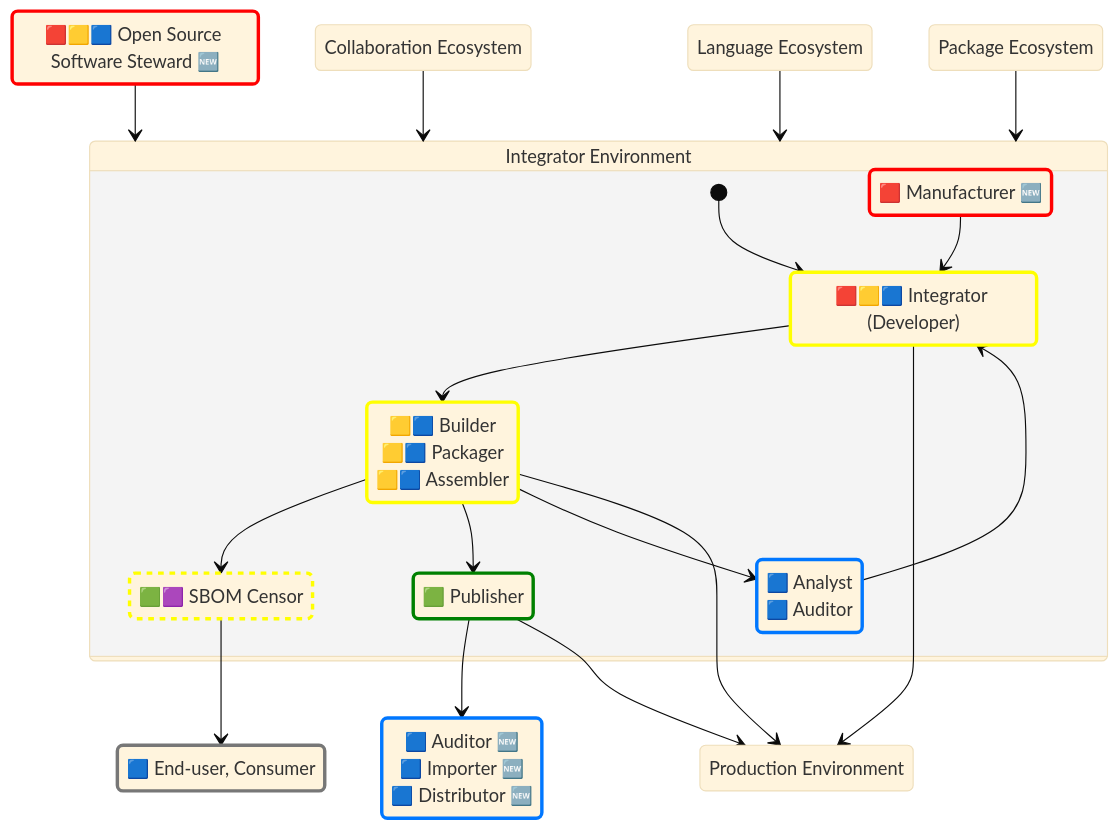
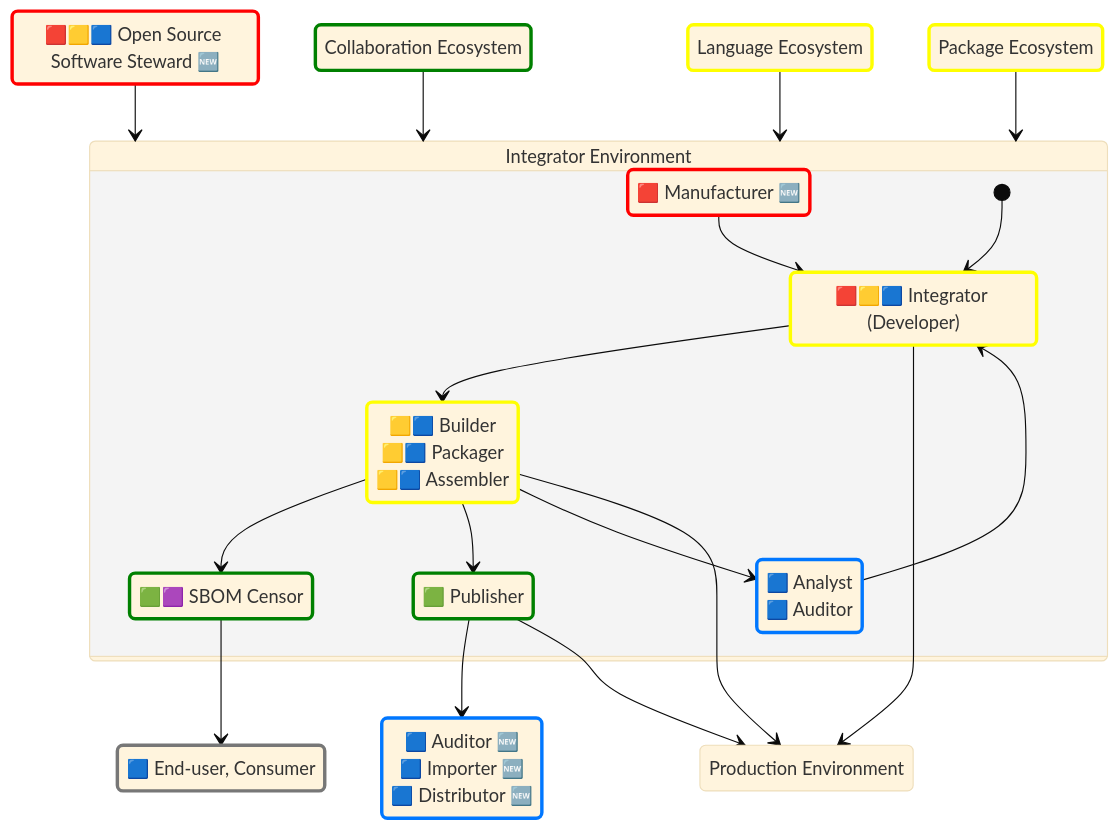
Before and after one commit to CPAN-Security/security.metacpan.org: the fifth of 5 diagrams in docs/supplychain-sbom.md, drawn with Mermaid (base theme). The commit also changed other lines of this file, not shown here.

Commit message:
Add Maintainer's graph; Reorg other graphs

```diff
--- a/docs/supplychain-sbom.md
+++ b/docs/supplychain-sbom.md
@@ -797,13 +841,44 @@
     accTitle: An Idealized Open Source Supply-chain Graph
     %%accDescr: This graph illustrates how different types of development environments and ecosystems interconnect, what kind of roles you may find in these, and what type of metadata operations they may care to do
 
+    %% Role activities
+    classDef createsSBOM stroke:red,stroke-width:3px;
+    classDef updatesSBOM stroke:yellow,stroke-width:3px,stroke-dasharray:5,5;
+    classDef assemblesSBOM stroke:yellow,stroke-width:3px;
+    classDef distributesSBOM stroke:green,stroke-width:3px;
+    classDef verifiesSBOM stroke:#07f,stroke-width:3px;
+    classDef censorsSBOM stroke:green,stroke-width:3px;
+    classDef ignoresSBOM stroke:#777,stroke-width:3px;
+
+    %% 
+    state "🟥🟨🟦 Open Source Software Steward 🆕" as language_steward
     %%
-    state "🟥🟨🟦 Open Source Software Steward 🆕" as language_steward
+    class language_steward createsSBOM
+
+    %% Language Ecosystem
     state "Language Ecosystem" as ecosystem_lang
+    %%
+    class ecosystem_lang assemblesSBOM
+
+
+    %% Collaboration Ecosystem
     state "Collaboration Ecosystem" as ecosystem_repo
+    %%
+    class ecosystem_repo distributesSBOM
+
+    %% Package Ecosystem
     state "Package Ecosystem" as ecosystem_package
+    %%
+    class ecosystem_package assemblesSBOM
 
-    %%
+
+    %% Integrator Environment
+    state "🟥 Manufacturer 🆕" as integrator_owner
+    state "🟥🟨🟦 Integrator (Developer)" as integrator_developer
+    state "🟨🟦 Builder<br>🟨🟦 Packager<br>🟨🟦 Assembler" as integrator_builder
+    state "🟩🟪 SBOM Censor" as integrator_censor
+    state "🟩 Publisher" as integrator_publisher
+    state "🟦 Analyst<br>🟦 Auditor" as integrator_analyst
     state "Integrator Environment" as environment_integrator {
         [*] --> integrator_developer
         integrator_owner     --> integrator_developer
@@ -813,75 +888,34 @@
         integrator_analyst   --> integrator_developer
         integrator_builder   --> integrator_analyst
     }
-
-
-    %%
-    state "🟥 Manufacturer 🆕" as integrator_owner
-    state "🟥🟨🟦 Integrator (Developer)" as integrator_developer
-    state "🟨🟦 Builder<br>🟨🟦 Packager<br>🟨🟦 Assembler" as integrator_builder
-    state "🟩🟪 SBOM Censor" as integrator_censor
-    state "🟩 Publisher" as integrator_publisher
-    state "🟦 Analyst<br>🟦 Auditor" as integrator_analyst
-
-    %%
-    state "🟦 End-user, Consumer" as external_consumer
-    state "🟦 Auditor 🆕<br>🟦 Importer 🆕<br>🟦 Distributor 🆕" as authority_auditor
-    state "Production Environment" as environment_prod
-
-    %%
-    classDef createsSBOM stroke:red,stroke-width:3px;
-    classDef updatesSBOM stroke:yellow,stroke-width:3px,stroke-dasharray:5,5;
-    classDef assemblesSBOM stroke:yellow,stroke-width:3px;
-    classDef distributesSBOM stroke:green,stroke-width:3px;
-    classDef verifiesSBOM stroke:#07f,stroke-width:3px;
-    classDef censorsSBOM stroke:#07f,stroke-width:3px;
-    classDef ignoresSBOM stroke:#777,stroke-width:3px;
-
-    %%
-    class maintainer_owner createsSBOM
-    class maintainer_author createsSBOM
-
-    %%
-    class repository_distributor distributesSBOM
-    class external_contributor ignoresSBOM
-
-    %%
-    class language_authenticator updatesSBOM
-    class language_packager assemblesSBOM
-    class language_steward createsSBOM
-    class language_curator updatesSBOM
-    class language_distributor distributesSBOM
-
-    %%
-    class package_authenticator updatesSBOM
-    class package_patcher updatesSBOM
-    class package_packager assemblesSBOM
-    class package_steward createsSBOM
-    class package_curator updatesSBOM
-    class package_distributor distributesSBOM
-
     %%
     class integrator_owner createsSBOM
     class integrator_developer assemblesSBOM
-    class integrator_censor updatesSBOM
+    class integrator_censor censorsSBOM
     class integrator_publisher distributesSBOM
     class integrator_builder assemblesSBOM
     class integrator_analyst verifiesSBOM
 
     %%
-    class prod_deployer assemblesSBOM
+    state "🟦 End-user, Consumer" as external_consumer
     class external_consumer ignoresSBOM
 
+    %% Market Authorities
+    state "🟦 Auditor 🆕<br>🟦 Importer 🆕<br>🟦 Distributor 🆕" as authority_auditor
     %%
     class authority_attester createsSBOM
     class authority_auditor verifiesSBOM
+
+    %% Production Environment
+    state "Production Environment" as environment_prod
+    %%
+    class prod_deployer assemblesSBOM
 
     %%
     language_steward  --> environment_integrator
     ecosystem_repo    --> environment_integrator
     ecosystem_lang    --> environment_integrator
     ecosystem_package --> environment_integrator
-
     %%
     integrator_builder   --> environment_prod
     integrator_developer --> environment_prod
```
